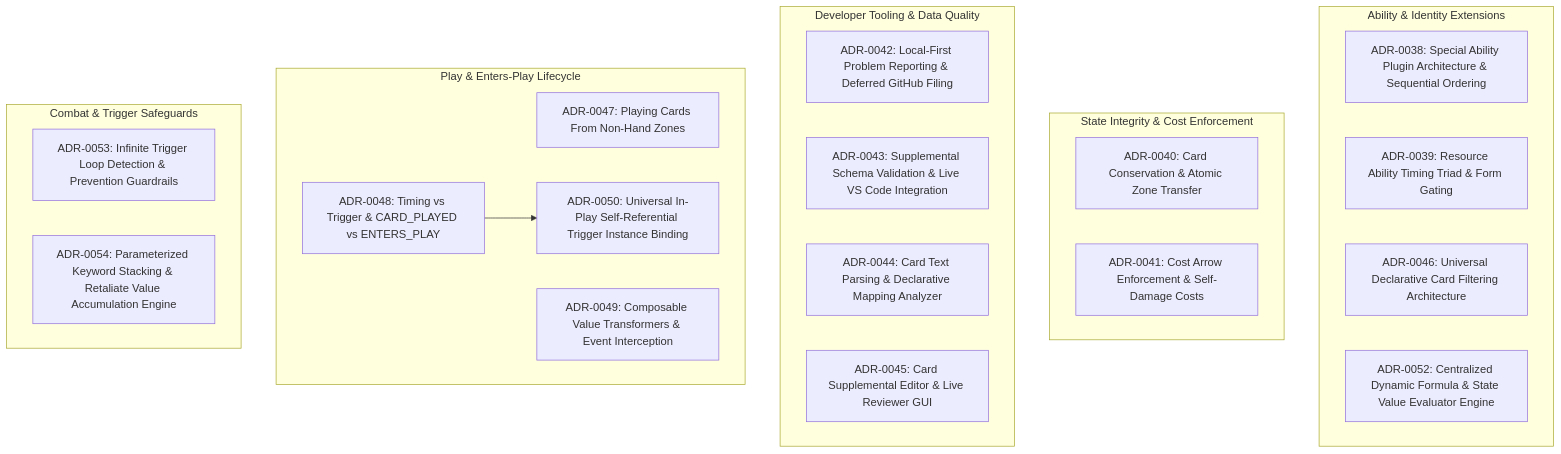
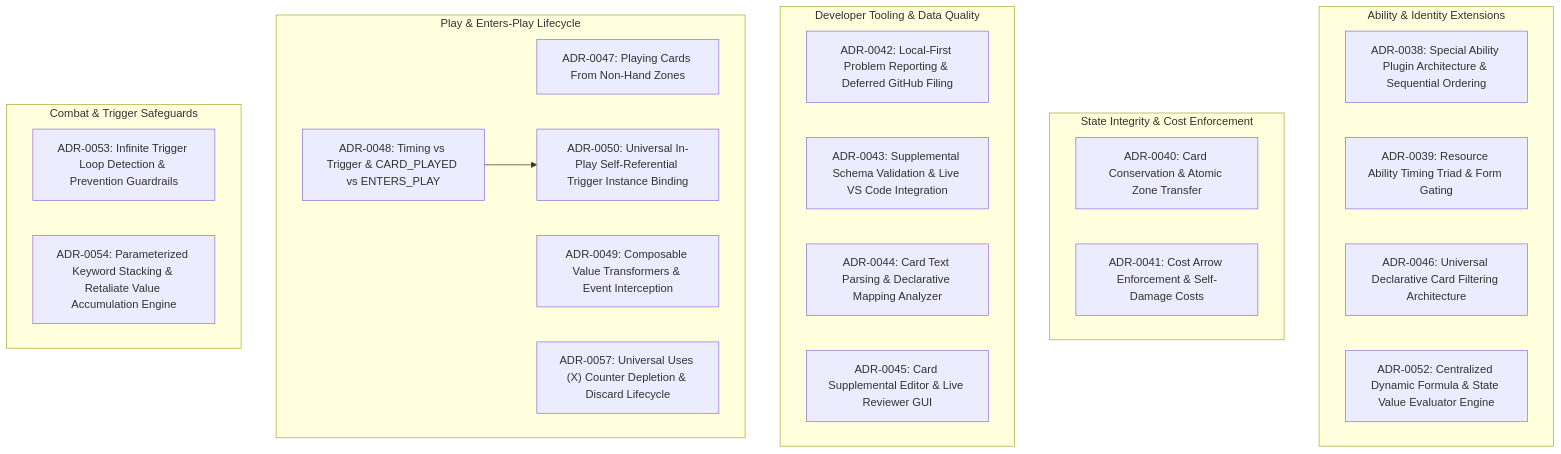
Before and after one commit to SteveRodrigue/MCD: the sixth of 6 diagrams in docs/decisions/README.md, drawn with Mermaid. The commit also changed other lines of this file and 9 other files, not shown here.

Commit message:
feat(engine,docs): Implement universal Uses (X) counter depletion lifecycle & audit report (ADR-0057)

````diff
--- a/docs/decisions/README.md
+++ b/docs/decisions/README.md
@@ -103,28 +103,29 @@
 ```mermaid
 graph TD
     subgraph Abilities["Ability & Identity Extensions"]
         ADR38["ADR-0038: Special Ability Plugin Architecture & Sequential Ordering"]
         ADR39["ADR-0039: Resource Ability Timing Triad & Form Gating"]
         ADR46["ADR-0046: Universal Declarative Card Filtering Architecture"]
         ADR52["ADR-0052: Centralized Dynamic Formula & State Value Evaluator Engine"]
     end
     subgraph Integrity["State Integrity & Cost Enforcement"]
         ADR40["ADR-0040: Card Conservation & Atomic Zone Transfer"]
         ADR41["ADR-0041: Cost Arrow Enforcement & Self-Damage Costs"]
     end
     subgraph DevTooling["Developer Tooling & Data Quality"]
         ADR42["ADR-0042: Local-First Problem Reporting & Deferred GitHub Filing"]
         ADR43["ADR-0043: Supplemental Schema Validation & Live VS Code Integration"]
         ADR44["ADR-0044: Card Text Parsing & Declarative Mapping Analyzer"]
         ADR45["ADR-0045: Card Supplemental Editor & Live Reviewer GUI"]
     end
     subgraph Lifecycle["Play & Enters-Play Lifecycle"]
         ADR47["ADR-0047: Playing Cards From Non-Hand Zones"]
         ADR48["ADR-0048: Timing vs Trigger & CARD_PLAYED vs ENTERS_PLAY"] --> ADR50["ADR-0050: Universal In-Play Self-Referential Trigger Instance Binding"]
         ADR49["ADR-0049: Composable Value Transformers & Event Interception"]
+        ADR57["ADR-0057: Universal Uses (X) Counter Depletion & Discard Lifecycle"]
     end
     subgraph CombatTriggers["Combat & Trigger Safeguards"]
         ADR53["ADR-0053: Infinite Trigger Loop Detection & Prevention Guardrails"]
         ADR54["ADR-0054: Parameterized Keyword Stacking & Retaliate Value Accumulation Engine"]
     end
 ```
````
